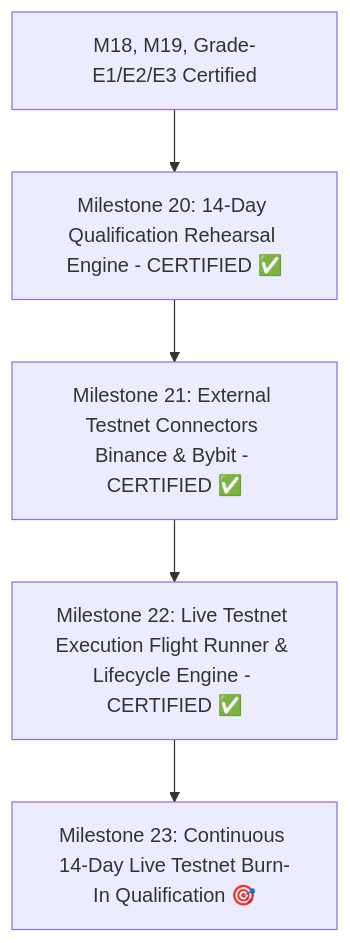
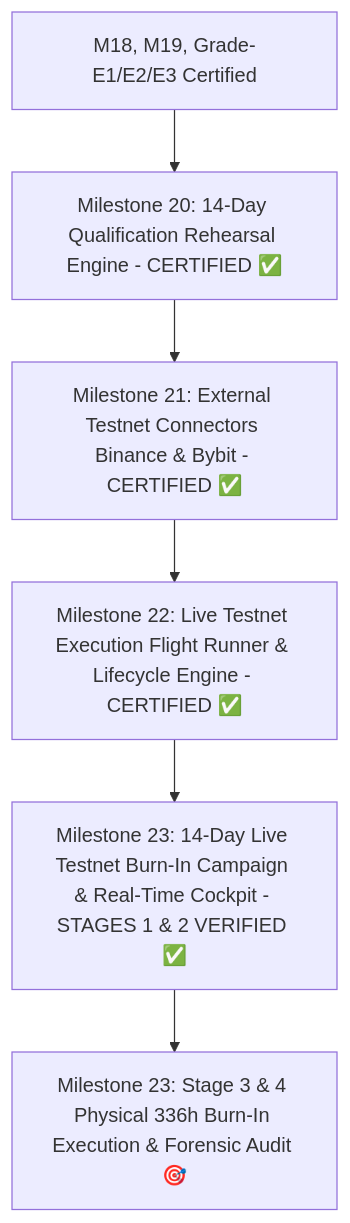
The diagram in Users/azims/CBT/docs/NEXT_SESSION_PLAN.md (cloudshome/CBT), drawn with Mermaid before and after one commit. The commit also changed other lines of this file and 16 other files, not shown here.

First line of the commit message:
feat(testnet): implement continuous 14-day live testnet burn-in campaign orchestrator and flight cockpit (Milestone 23)

````diff
--- a/Users/azims/CBT/docs/NEXT_SESSION_PLAN.md
+++ b/Users/azims/CBT/docs/NEXT_SESSION_PLAN.md
@@ -58,7 +58,8 @@
 ```mermaid
 flowchart TD
     A[M18, M19, Grade-E1/E2/E3 Certified] --> B[Milestone 20: 14-Day Qualification Rehearsal Engine - CERTIFIED ✅]
     B --> C[Milestone 21: External Testnet Connectors Binance & Bybit - CERTIFIED ✅]
     C --> D[Milestone 22: Live Testnet Execution Flight Runner & Lifecycle Engine - CERTIFIED ✅]
-    D --> E[Milestone 23: Continuous 14-Day Live Testnet Burn-In Qualification 🎯]
+    D --> E[Milestone 23: 14-Day Live Testnet Burn-In Campaign & Real-Time Cockpit - STAGES 1 & 2 VERIFIED ✅]
+    E --> F[Milestone 23: Stage 3 & 4 Physical 336h Burn-In Execution & Forensic Audit 🎯]
 ```
````
